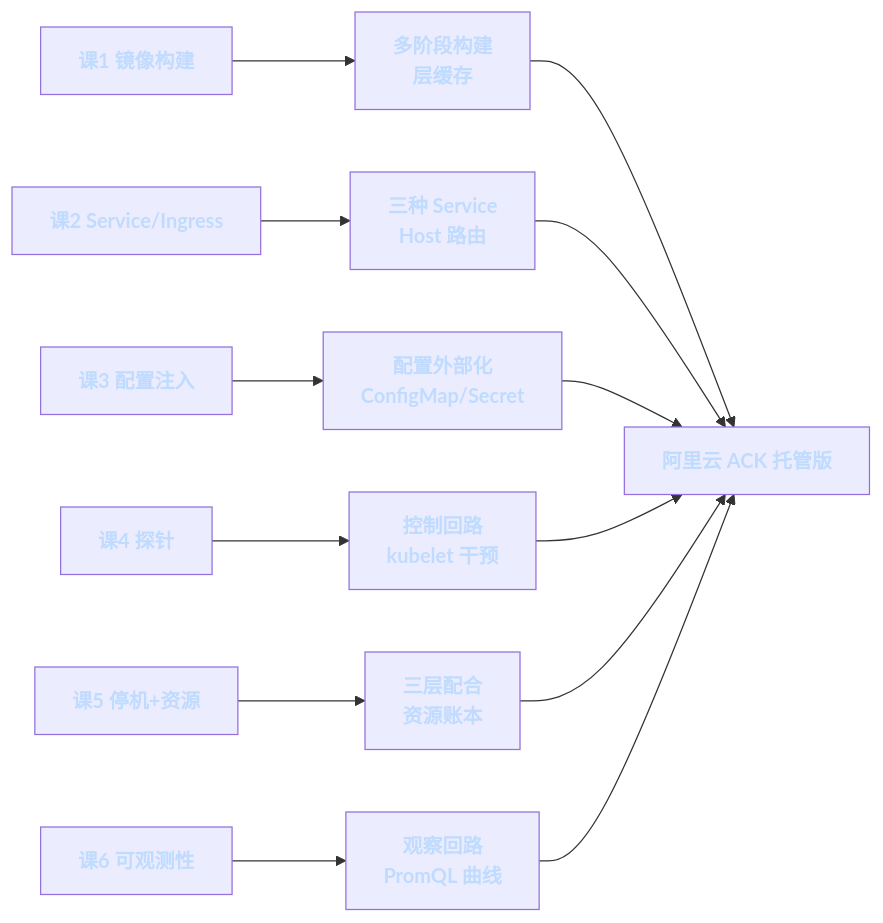
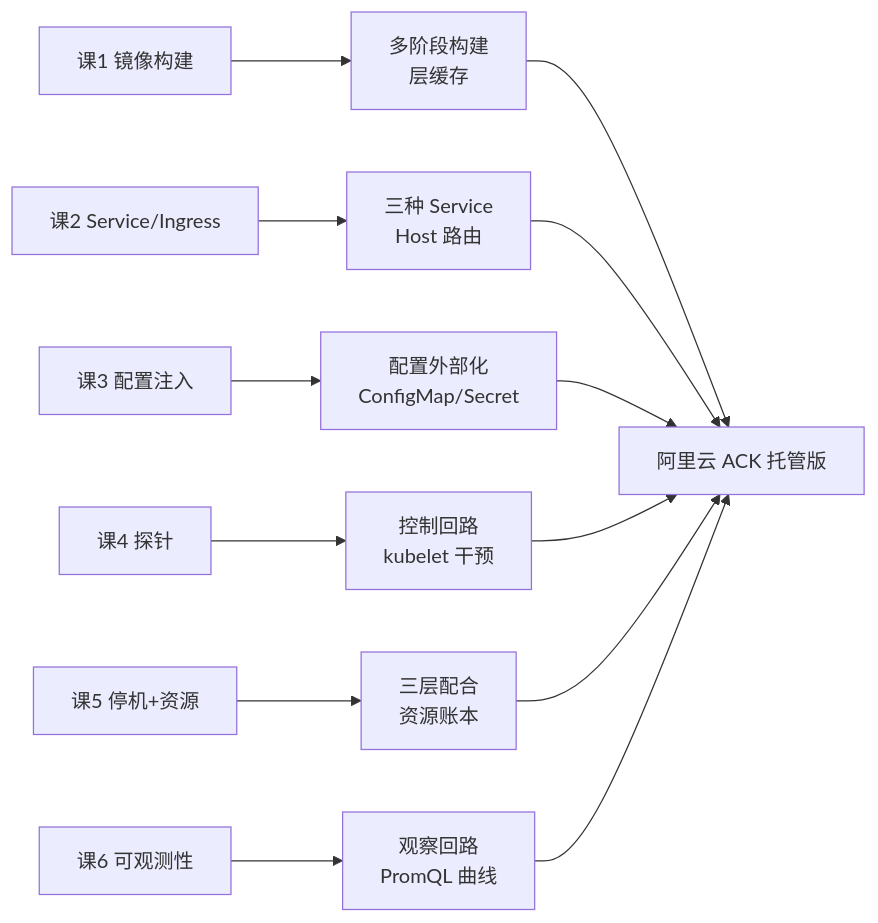
Before and after one commit to yaocat55/yaocat55.github.io: the second of 3 diagrams in content/posts/kubernetes/K8sSeriesWrapup.md, drawn with Mermaid. The commit also changed other lines of this file and 27 other files, not shown here.

Commit message:
docs: 全系列 93 张 Mermaid 图 classDef 改为 style 强制深底白字(修复部分渲染器白底浅字)+历史文件格式清理

````diff
--- a/content/posts/kubernetes/K8sSeriesWrapup.md
+++ b/content/posts/kubernetes/K8sSeriesWrapup.md
@@ -148,34 +146,32 @@
 ```mermaid
 %% 六课 -> 核心概念 -> 生产(ACK) 映射
 flowchart LR
-    classDef root fill:#0f172a,stroke:#3b82f6,stroke-width:2.5px,color:#bfdbfe,font-weight:bold;
-    classDef process fill:#1e1e24,stroke:#6b7280,stroke-width:2px,color:#e5e7eb;
-    classDef data fill:#052e16,stroke:#16a34a,stroke-width:2px,color:#bbf7d0,font-weight:bold;
 
     L1["课1 镜像构建"]
     L2["课2 Service/Ingress"]
     L3["课3 配置注入"]
     L4["课4 探针"]
     L5["课5 停机+资源"]
     L6["课6 可观测性"]
     A1["多阶段构建\n层缓存"]
     A2["三种 Service\nHost 路由"]
     A3["配置外部化\nConfigMap/Secret"]
     A4["控制回路\nkubelet 干预"]
     A5["三层配合\n资源账本"]
     A6["观察回路\nPromQL 曲线"]
     ACK["阿里云 ACK 托管版"]
 
     L1 --> A1
     L2 --> A2
     L3 --> A3
     L4 --> A4
     L5 --> A5
     L6 --> A6
     A1 --> ACK
     A2 --> ACK
     A3 --> ACK
     A4 --> ACK
     A5 --> ACK
     A6 --> ACK
+
 ```
````
